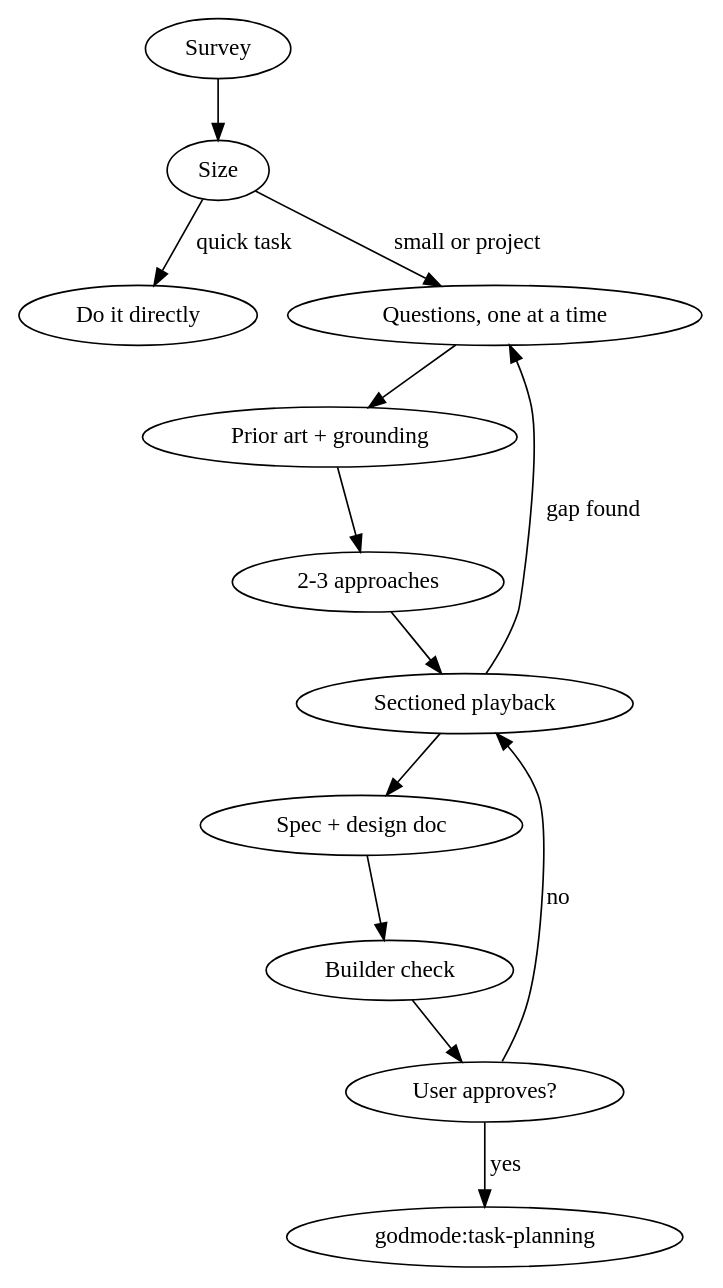
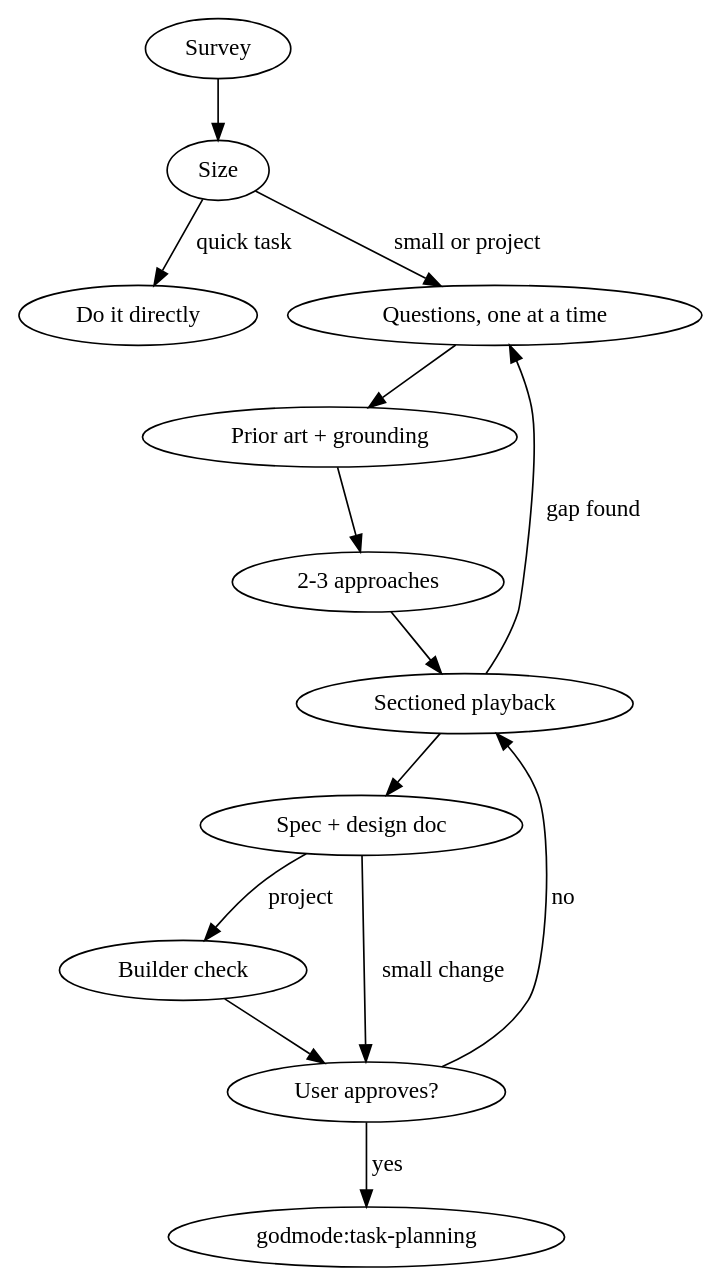
One commit to NoobyGains/godmode changed the diagram in skills/intent-discovery/SKILL.md. Above: the diagram before and after it, drawn with Graphviz. The commit also changed other lines of this file and 14 other files, not shown here.

````diff
--- a/skills/intent-discovery/SKILL.md
+++ b/skills/intent-discovery/SKILL.md
@@ -58,16 +58,17 @@
 ```dot
 digraph intent {
     "Survey" -> "Size";
     "Size" -> "Do it directly" [label="quick task"];
     "Size" -> "Questions, one at a time" [label="small or project"];
     "Questions, one at a time" -> "Prior art + grounding";
     "Prior art + grounding" -> "2-3 approaches";
     "2-3 approaches" -> "Sectioned playback";
     "Sectioned playback" -> "Questions, one at a time" [label="gap found"];
     "Sectioned playback" -> "Spec + design doc";
-    "Spec + design doc" -> "Builder check";
+    "Spec + design doc" -> "Builder check" [label="project"];
+    "Spec + design doc" -> "User approves?" [label="small change"];
     "Builder check" -> "User approves?";
     "User approves?" -> "Sectioned playback" [label="no"];
     "User approves?" -> "godmode:task-planning" [label="yes"];
 }
 ```
````
